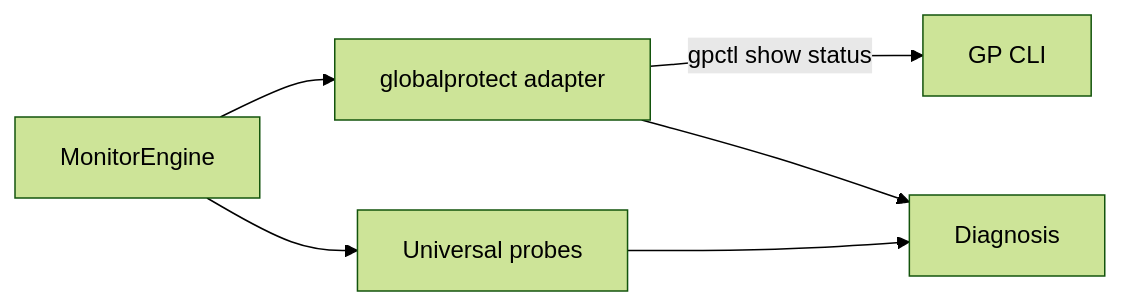
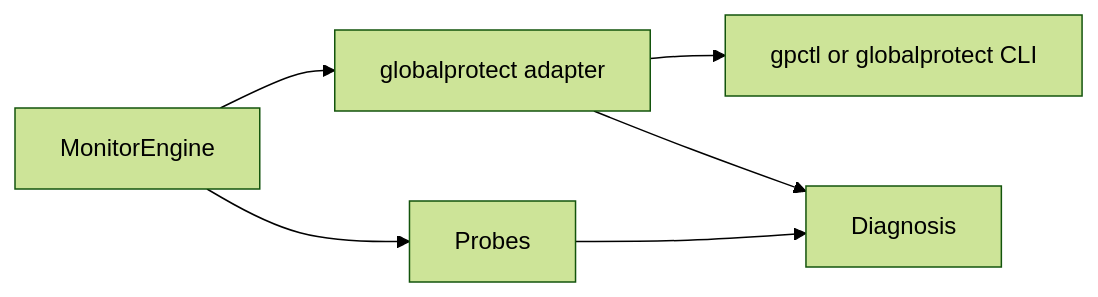
The fourth of 4 diagrams in docs/vpn-solutions/palo-alto-globalprotect.md (roto31/Tunnel-Monitor---Universal), drawn with Mermaid (forest theme) before and after one commit. The commit also changed other lines of this file and 22 other files, not shown here.

````diff
--- a/docs/vpn-solutions/palo-alto-globalprotect.md
+++ b/docs/vpn-solutions/palo-alto-globalprotect.md
@@ -87,8 +53,8 @@
 ```mermaid
 flowchart LR
     E[MonitorEngine] --> A[globalprotect adapter]
-    A -->|gpctl show status| CLI[GP CLI]
-    E --> P[Universal probes]
+    A --> CLI[gpctl or globalprotect CLI]
+    E --> P[Probes]
     A --> D[Diagnosis]
     P --> D
 ```
````
